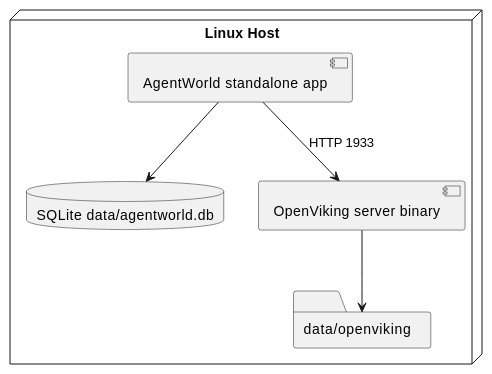
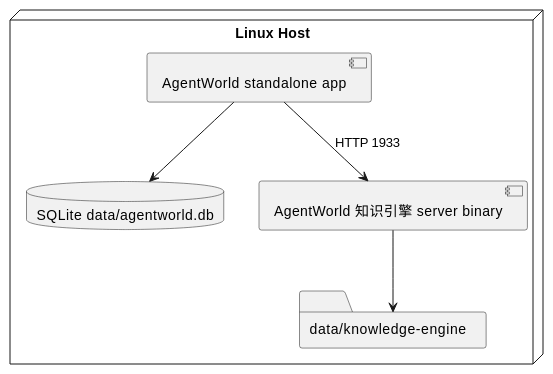
One commit to SimonMing47/agent-world changed the fourth of 5 diagrams in docs/system-design.zh-CN.md. Above: the diagram before and after it, drawn with PlantUML. The commit also changed other lines of this file and 224 other files, not shown here.

Commit message:
Replace OpenViking with native knowledge engine

````diff
--- a/docs/system-design.zh-CN.md
+++ b/docs/system-design.zh-CN.md
@@ -128,14 +128,14 @@
 ```plantuml
 @startuml
 node "Linux Host" {
   component "AgentWorld standalone app" as App
   database "SQLite data/agentworld.db" as DB
-  component "OpenViking server binary" as OV
-  folder "data/openviking" as OVData
+  component "AgentWorld 知识引擎 server binary" as OV
+  folder "data/knowledge-engine" as OVData
 }
 
 App --> DB
 App --> OV : HTTP 1933
 OV --> OVData
 @enduml
 ```
````
